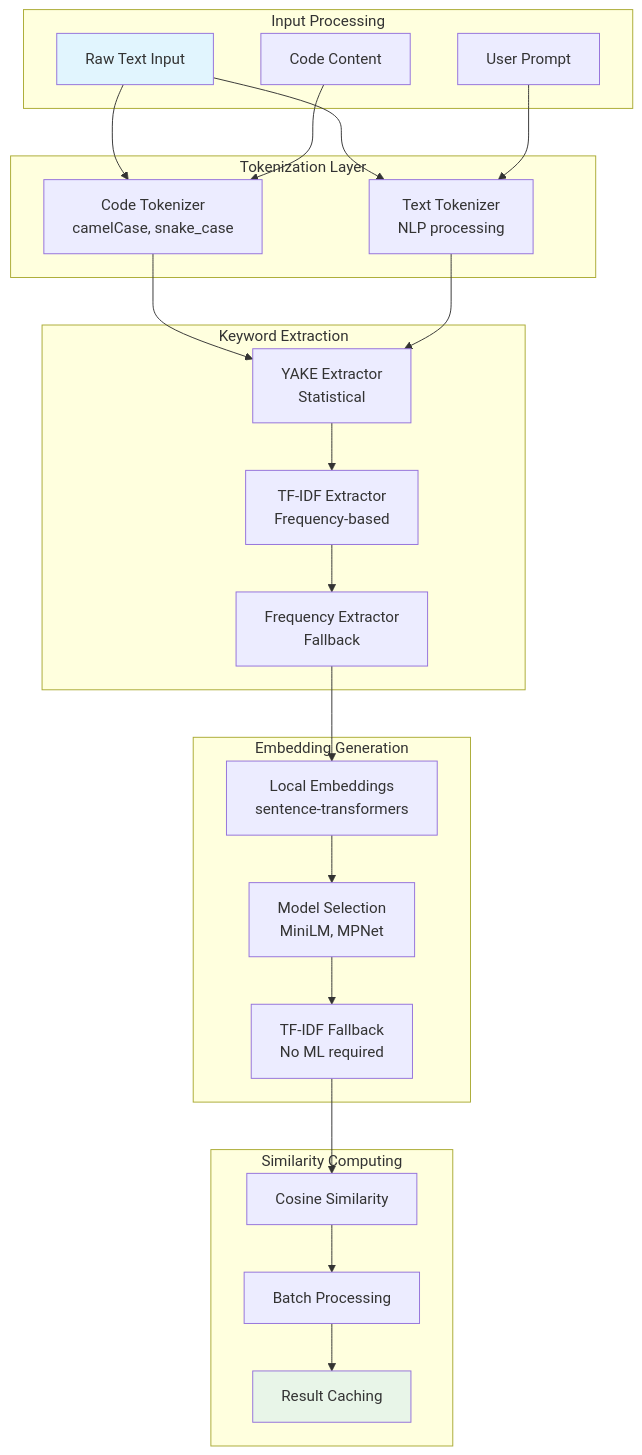
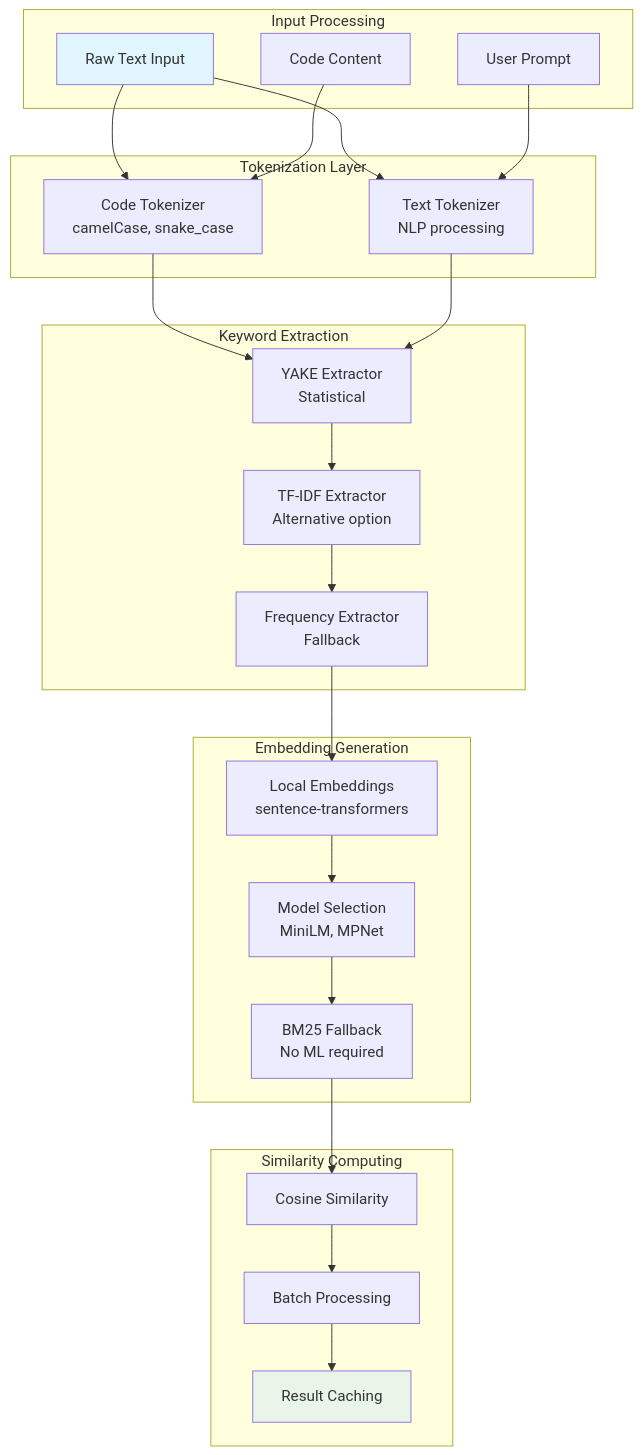
One commit to jddunn/tenets changed the second of 11 diagrams in docs/architecture/core_systems.md. Above: the diagram before and after it, drawn with Mermaid. The commit also changed other lines of this file and 7 other files, not shown here.

````diff
--- a/docs/architecture/core_systems.md
+++ b/docs/architecture/core_systems.md
@@ -69,52 +69,52 @@
 ```mermaid
 graph TD
     subgraph "Input Processing"
         INPUT[Raw Text Input]
         PROMPT[User Prompt]
         CODE[Code Content]
     end
 
     subgraph "Tokenization Layer"
         CODE_TOK[Code Tokenizer<br/>camelCase, snake_case]
         TEXT_TOK[Text Tokenizer<br/>NLP processing]
     end
 
     subgraph "Keyword Extraction"
         YAKE_EXT[YAKE Extractor<br/>Statistical]
-        TFIDF_EXT[TF-IDF Extractor<br/>Frequency-based]
+        TFIDF_EXT[TF-IDF Extractor<br/>Alternative option]
         FREQ_EXT[Frequency Extractor<br/>Fallback]
     end
 
     subgraph "Embedding Generation"
         LOCAL_EMB[Local Embeddings<br/>sentence-transformers]
         MODEL_SEL[Model Selection<br/>MiniLM, MPNet]
-        FALLBACK[TF-IDF Fallback<br/>No ML required]
+        FALLBACK[BM25 Fallback<br/>No ML required]
     end
 
     subgraph "Similarity Computing"
         COSINE[Cosine Similarity]
         BATCH[Batch Processing]
         CACHE[Result Caching]
     end
 
     INPUT --> CODE_TOK
     INPUT --> TEXT_TOK
     PROMPT --> TEXT_TOK
     CODE --> CODE_TOK
 
     CODE_TOK --> YAKE_EXT
     TEXT_TOK --> YAKE_EXT
     YAKE_EXT --> TFIDF_EXT
     TFIDF_EXT --> FREQ_EXT
 
     FREQ_EXT --> LOCAL_EMB
     LOCAL_EMB --> MODEL_SEL
     MODEL_SEL --> FALLBACK
 
     FALLBACK --> COSINE
     COSINE --> BATCH
     BATCH --> CACHE
 
     style INPUT fill:#e1f5fe
     style CACHE fill:#e8f5e8
 ```
````
